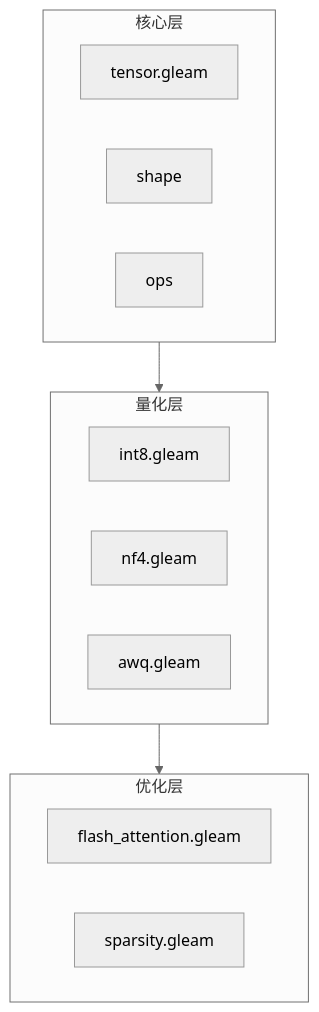
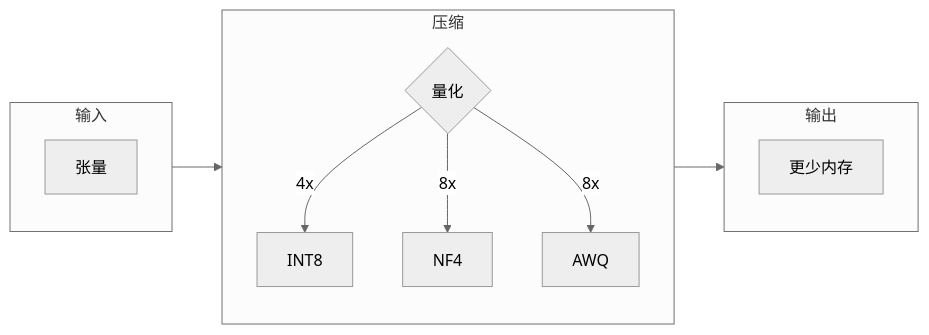
Before and after one commit to gabrielmaialva33/viva_tensor: the second of 3 diagrams in docs/zh-cn/README.md, drawn with Mermaid (neutral theme). The commit also changed other lines of this file and 25 other files, not shown here.

````diff
--- a/docs/zh-cn/README.md
+++ b/docs/zh-cn/README.md
@@ -39,22 +21,19 @@
 ```mermaid
-graph TB
-    subgraph 核心层
-        T[tensor.gleam]
-        S[shape]
-        O[ops]
+flowchart LR
+    subgraph In["输入"]
+        T[张量]
     end
 
-    subgraph 量化层
-        I[int8.gleam]
-        N[nf4.gleam]
-        A[awq.gleam]
+    subgraph Compress["压缩"]
+        Q{量化}
+        Q -->|4x| I8[INT8]
+        Q -->|8x| N4[NF4]
+        Q -->|8x| AW[AWQ]
     end
 
-    subgraph 优化层
-        F[flash_attention.gleam]
-        P[sparsity.gleam]
+    subgraph Out["输出"]
+        M[更少内存]
     end
 
-    核心层 --> 量化层
-    量化层 --> 优化层
+    In --> Compress --> Out
 ```
````
